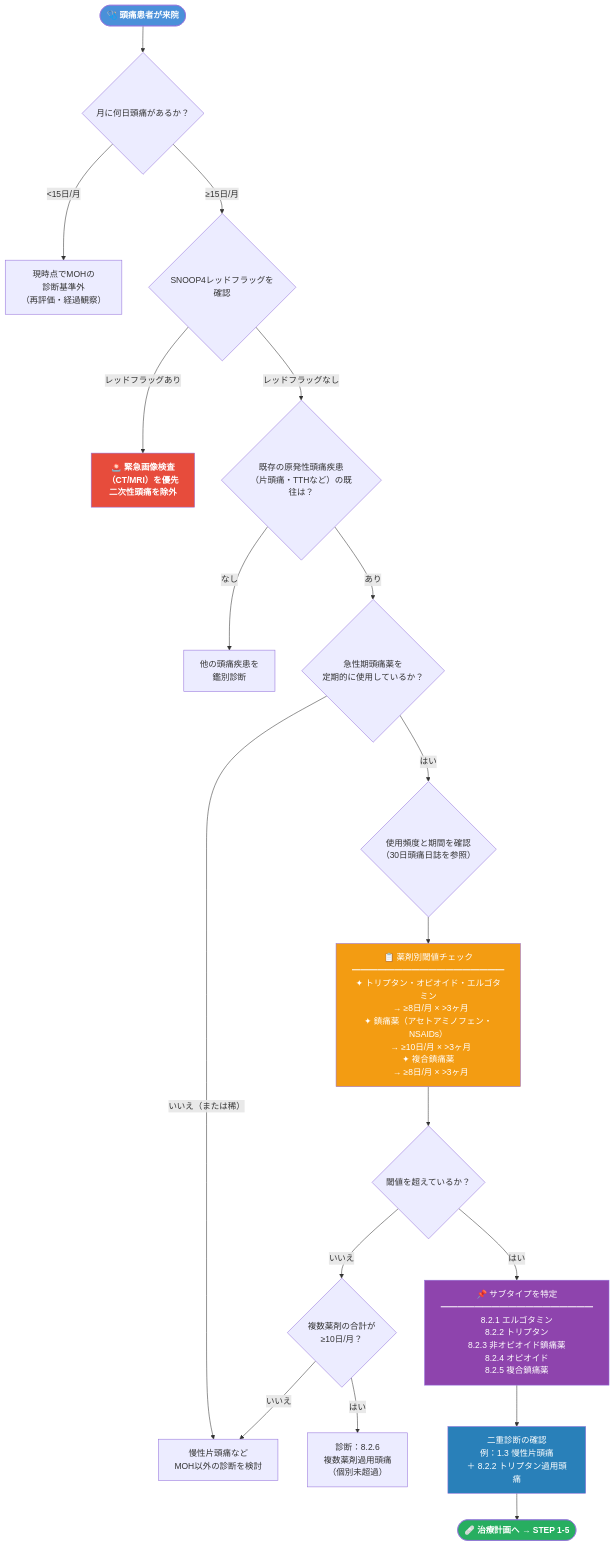
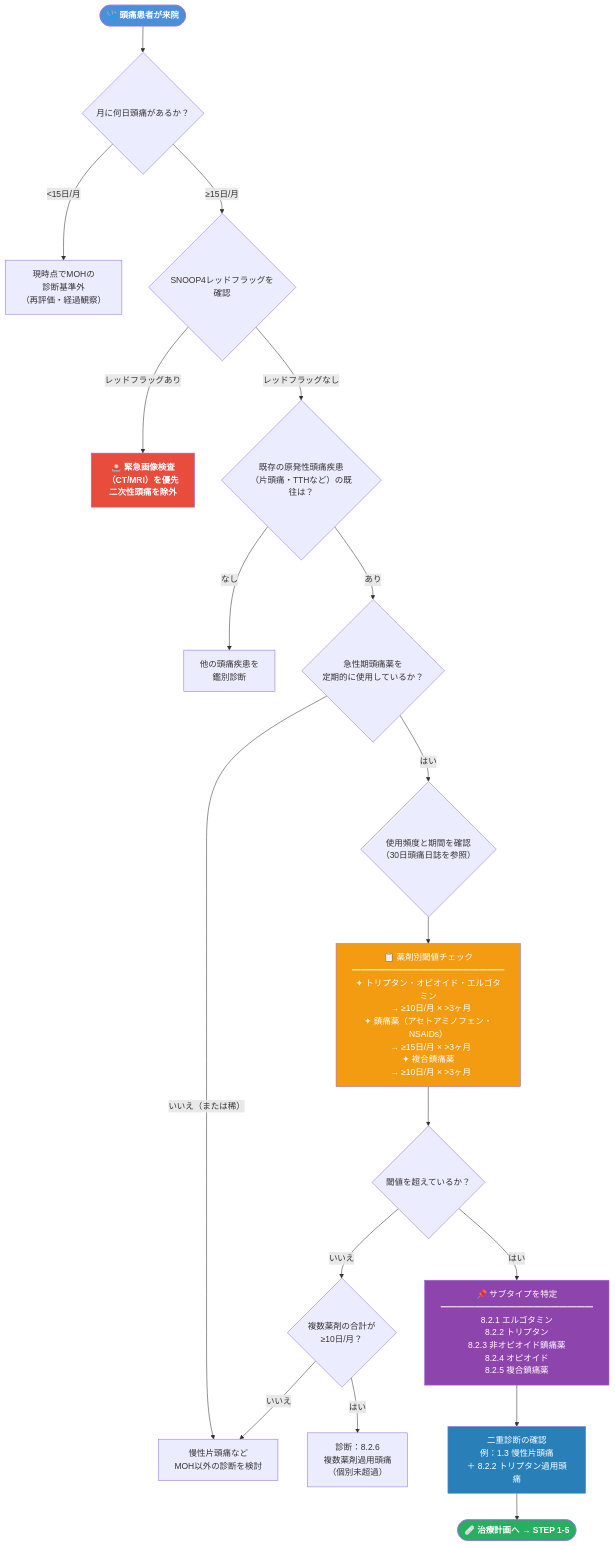
Before and after one commit to myoshi2891/Medical-Studies: the second of 5 diagrams in Types-of-headache/md-files/Medication-Overuse-Headache.md, drawn with Mermaid. The commit also changed other lines of this file and 4 other files, not shown here.

````diff
--- a/Types-of-headache/md-files/Medication-Overuse-Headache.md
+++ b/Types-of-headache/md-files/Medication-Overuse-Headache.md
@@ -213,44 +213,44 @@
 ```mermaid
 flowchart TD
     START(["🩺 頭痛患者が来院"]) --> Q1
 
     Q1{"月に何日頭痛があるか？"}
     Q1 -- "&lt;15日/月" --> LOW["現時点でMOHの<br/>診断基準外<br/>（再評価・経過観察）"]
     Q1 -- "≥15日/月" --> Q2
 
     Q2{"SNOOP4レッドフラッグを確認"}
     Q2 -- "レッドフラッグあり" --> RED["🚨 緊急画像検査<br/>（CT/MRI）を優先<br/>二次性頭痛を除外"]
     Q2 -- "レッドフラッグなし" --> Q3
 
     Q3{"既存の原発性頭痛疾患<br/>（片頭痛・TTHなど）の既往は？"}
     Q3 -- "なし" --> DIFF["他の頭痛疾患を<br/>鑑別診断"]
     Q3 -- "あり" --> Q4
 
     Q4{"急性期頭痛薬を<br/>定期的に使用しているか？"}
     Q4 -- "いいえ（または稀） " --> NOMED["慢性片頭痛など<br/>MOH以外の診断を検討"]
     Q4 -- "はい" --> Q5
 
     Q5{"使用頻度と期間を確認<br/>（30日頭痛日誌を参照）"}
     Q5 --> DRUG_CHECK
 
-    DRUG_CHECK["📋 薬剤別閾値チェック<br/>━━━━━━━━━━━━━━━━━━<br/>✦ トリプタン・オピオイド・エルゴタミン<br/>  → ≥8日/月 × &gt;3ヶ月<br/>✦ 鎮痛薬（アセトアミノフェン・NSAIDs）<br/>  → ≥10日/月 × &gt;3ヶ月<br/>✦ 複合鎮痛薬<br/>  → ≥8日/月 × &gt;3ヶ月"]
+    DRUG_CHECK["📋 薬剤別閾値チェック<br/>━━━━━━━━━━━━━━━━━━<br/>✦ トリプタン・オピオイド・エルゴタミン<br/>  → ≥10日/月 × &gt;3ヶ月<br/>✦ 鎮痛薬（アセトアミノフェン・NSAIDs）<br/>  → ≥15日/月 × &gt;3ヶ月<br/>✦ 複合鎮痛薬<br/>  → ≥10日/月 × &gt;3ヶ月"]
 
     DRUG_CHECK --> Q6{"閾値を超えているか？"}
     Q6 -- "いいえ" --> Q7{"複数薬剤の合計が<br/>≥10日/月？"}
     Q7 -- "いいえ" --> NOMED
     Q7 -- "はい" --> MOH26["診断：8.2.6<br/>複数薬剤過用頭痛<br/>（個別未超過）"]
 
     Q6 -- "はい" --> SUBTYPE
 
     SUBTYPE["📌 サブタイプを特定<br/>━━━━━━━━━━━━━━━━━━<br/>8.2.1 エルゴタミン<br/>8.2.2 トリプタン<br/>8.2.3 非オピオイド鎮痛薬<br/>8.2.4 オピオイド<br/>8.2.5 複合鎮痛薬"]
 
     SUBTYPE --> DUAL["二重診断の確認<br/>例：1.3 慢性片頭痛<br/>＋ 8.2.2 トリプタン過用頭痛"]
     DUAL --> TREAT(["🩹 治療計画へ → STEP 1-5"])
 
     style START fill:#4a90d9,color:#fff,font-weight:bold
     style TREAT fill:#27ae60,color:#fff,font-weight:bold
     style RED fill:#e74c3c,color:#fff,font-weight:bold
     style DRUG_CHECK fill:#f39c12,color:#fff
     style SUBTYPE fill:#8e44ad,color:#fff
     style DUAL fill:#2980b9,color:#fff
 ```
````
